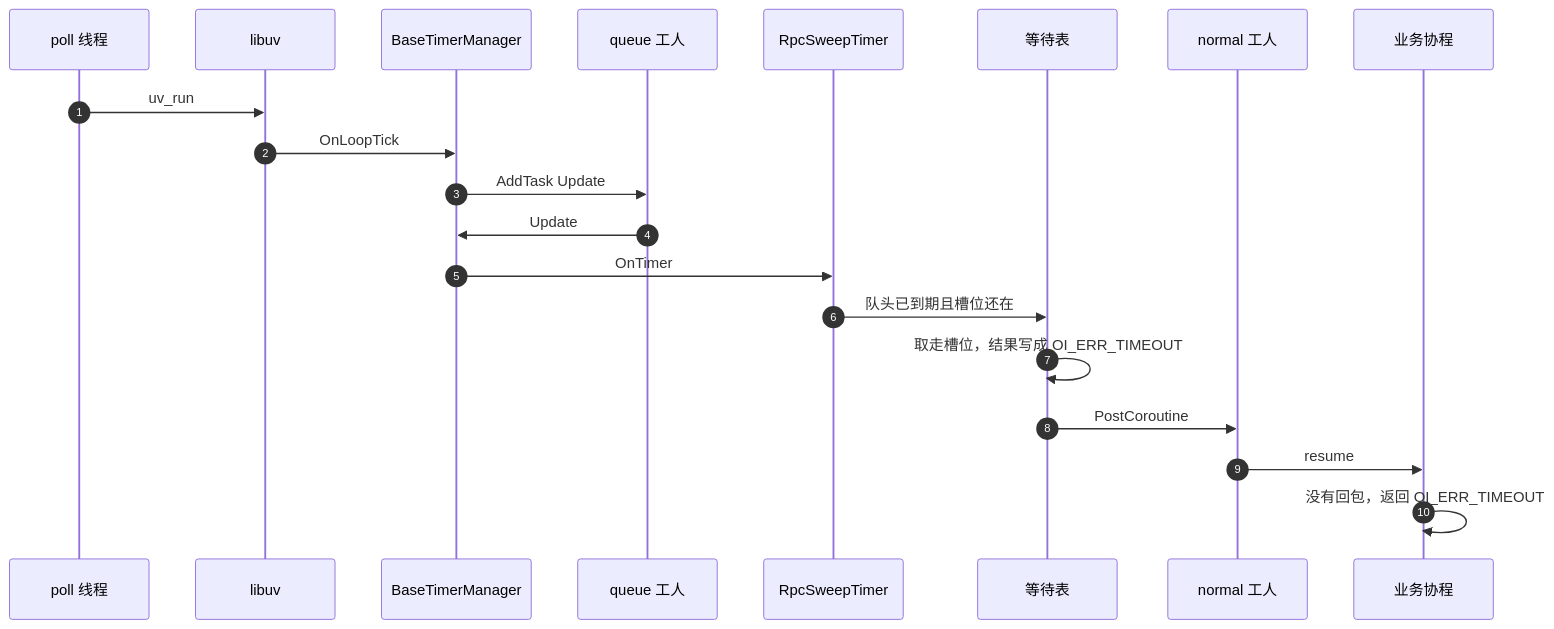
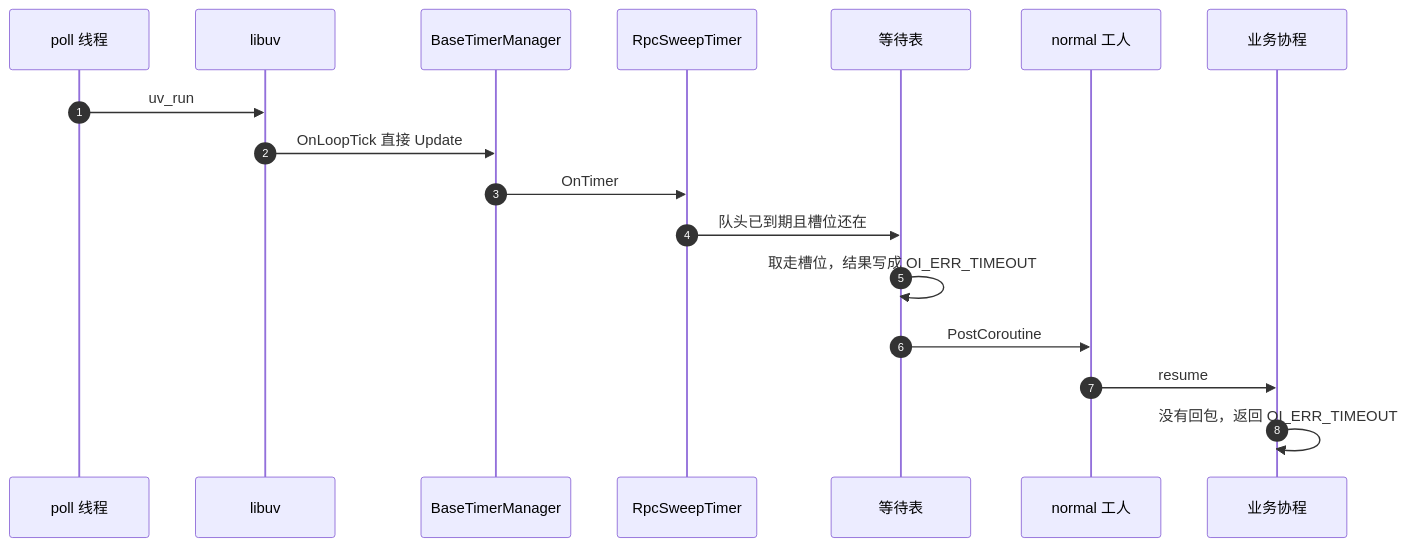
The diagram in docs/sequence-diagram/multi-thread/timeout.md (orikiaru/openidea), drawn with Mermaid before and after one commit. The commit also changed other lines of this file and 11 other files, not shown here.

````diff
--- a/docs/sequence-diagram/multi-thread/timeout.md
+++ b/docs/sequence-diagram/multi-thread/timeout.md
@@ -7,23 +7,20 @@
 ```mermaid
 sequenceDiagram
     autonumber
     participant Poll as poll 线程
     participant Uv as libuv
     participant Timer as BaseTimerManager
-    participant Queue as queue 工人
     participant Sweep as RpcSweepTimer
     participant Wait as 等待表
     participant Worker as normal 工人
     participant Biz as 业务协程
 
     Poll->>Uv: uv_run
-    Uv->>Timer: OnLoopTick
-    Timer->>Queue: AddTask Update
-    Queue->>Timer: Update
+    Uv->>Timer: OnLoopTick 直接 Update
     Timer->>Sweep: OnTimer
     Sweep->>Wait: 队头已到期且槽位还在
     Wait->>Wait: 取走槽位，结果写成 OI_ERR_TIMEOUT
     Wait->>Worker: PostCoroutine
     Worker->>Biz: resume
     Biz->>Biz: 没有回包，返回 OI_ERR_TIMEOUT
 ```
````
